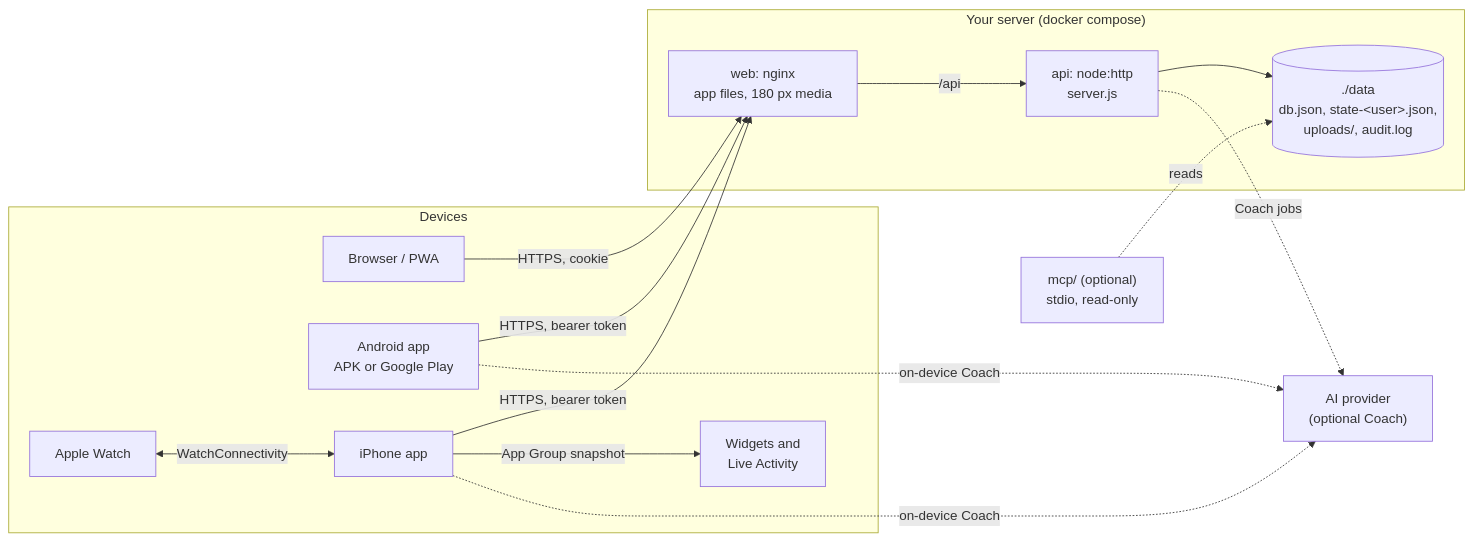
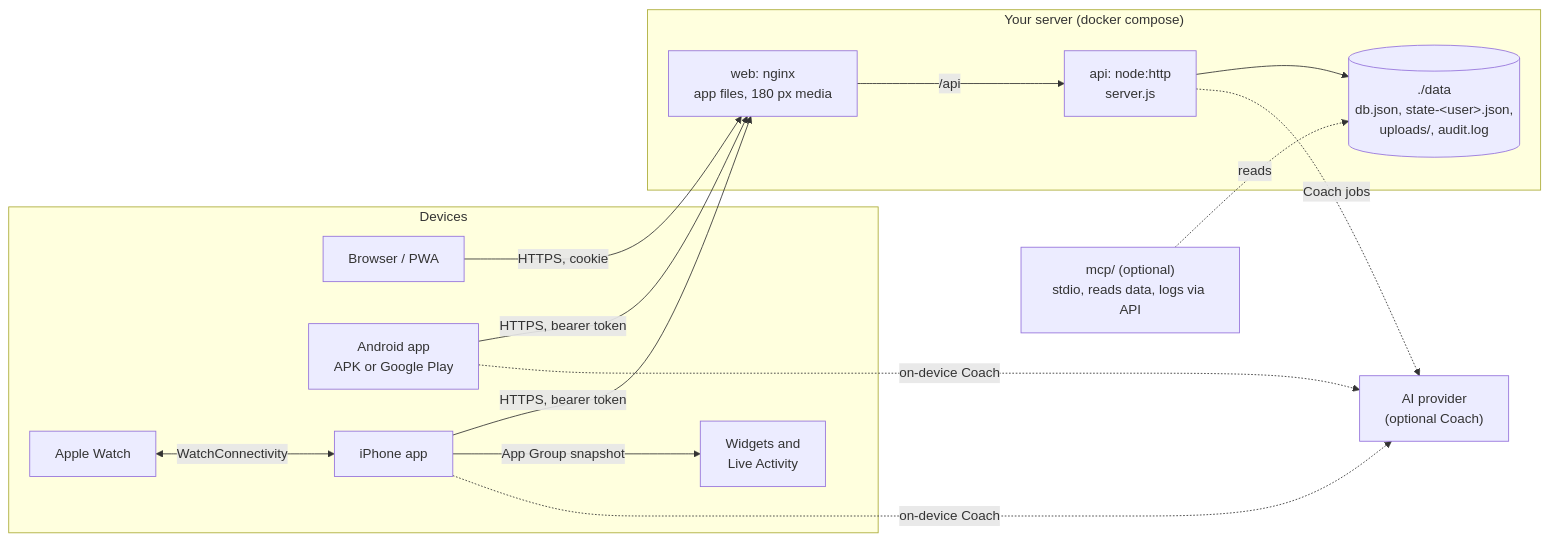
Before and after one commit to NgocTriTruong/openGym: the first of 5 diagrams in docs/ARCHITECTURE.md, drawn with Mermaid. The commit also changed other lines of this file and 4 other files, not shown here.

````diff
--- a/docs/ARCHITECTURE.md
+++ b/docs/ARCHITECTURE.md
@@ -13,30 +13,30 @@
 ```mermaid
 flowchart LR
   subgraph Devices
     B[Browser / PWA]
     A[Android app<br/>APK or Google Play]
     I[iPhone app]
     W[Apple Watch]
     WG[Widgets and<br/>Live Activity]
   end
 
   subgraph Server["Your server (docker compose)"]
     N["web: nginx<br/>app files, 180 px media"]
     API["api: node:http<br/>server.js"]
     D[("./data<br/>db.json, state-&lt;user&gt;.json,<br/>uploads/, audit.log")]
   end
 
   B -- HTTPS, cookie --> N
   A -- HTTPS, bearer token --> N
   I -- HTTPS, bearer token --> N
   N -- /api --> API
   API --> D
   W <-- WatchConnectivity --> I
   I -- App Group snapshot --> WG
 
-  MCP["mcp/ (optional)<br/>stdio, read-only"] -.reads.-> D
+  MCP["mcp/ (optional)<br/>stdio, reads data, logs via API"] -.reads.-> D
   AI["AI provider<br/>(optional Coach)"]
   API -.Coach jobs.-> AI
   I -.on-device Coach.-> AI
   A -.on-device Coach.-> AI
 ```
````
